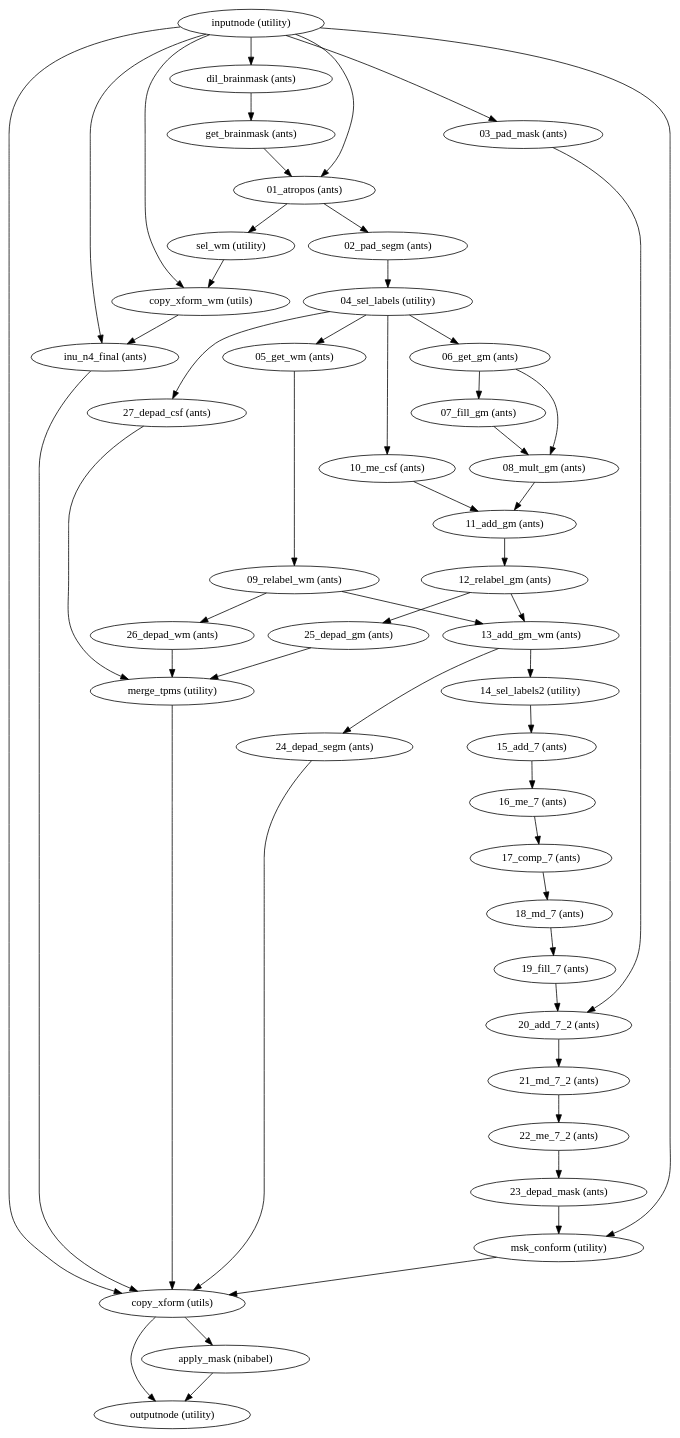
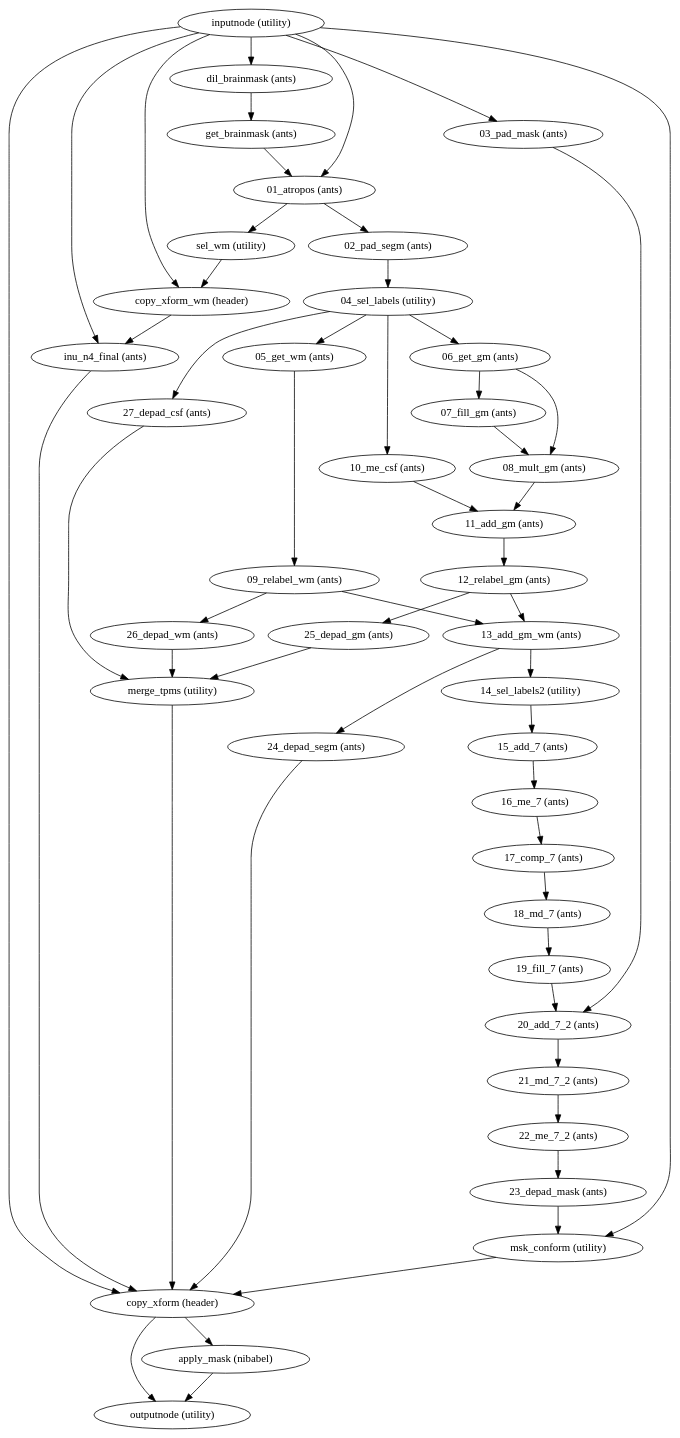
One commit to notZaki/niworkflows changed the diagram in 1.2.6/wf_directive/api/atropos_wf/niworkflows-anat-ants-1.dot. Above: the diagram before and after it, drawn with Graphviz. The commit also changed 12515 other files, not shown here.

```diff
--- a/1.2.6/wf_directive/api/atropos_wf/niworkflows-anat-ants-1.dot
+++ b/1.2.6/wf_directive/api/atropos_wf/niworkflows-anat-ants-1.dot
@@ -1,92 +1,92 @@
 strict digraph  {
 "inputnode (utility)";
 "dil_brainmask (ants)";
-"copy_xform (utils)";
-"copy_xform_wm (utils)";
+"copy_xform (header)";
+"copy_xform_wm (header)";
 "03_pad_mask (ants)";
 "01_atropos (ants)";
 "inu_n4_final (ants)";
 "msk_conform (utility)";
 "get_brainmask (ants)";
 "apply_mask (nibabel)";
 "outputnode (utility)";
 "20_add_7_2 (ants)";
 "02_pad_segm (ants)";
 "sel_wm (utility)";
 "04_sel_labels (utility)";
 "05_get_wm (ants)";
 "06_get_gm (ants)";
 "10_me_csf (ants)";
 "27_depad_csf (ants)";
 "09_relabel_wm (ants)";
 "07_fill_gm (ants)";
 "08_mult_gm (ants)";
 "11_add_gm (ants)";
 "13_add_gm_wm (ants)";
 "26_depad_wm (ants)";
 "12_relabel_gm (ants)";
 "25_depad_gm (ants)";
 "14_sel_labels2 (utility)";
 "24_depad_segm (ants)";
 "15_add_7 (ants)";
 "16_me_7 (ants)";
 "17_comp_7 (ants)";
 "18_md_7 (ants)";
 "19_fill_7 (ants)";
 "21_md_7_2 (ants)";
 "22_me_7_2 (ants)";
 "23_depad_mask (ants)";
 "merge_tpms (utility)";
 "inputnode (utility)" -> "dil_brainmask (ants)";
-"inputnode (utility)" -> "copy_xform (utils)";
-"inputnode (utility)" -> "copy_xform_wm (utils)";
+"inputnode (utility)" -> "copy_xform (header)";
+"inputnode (utility)" -> "copy_xform_wm (header)";
 "inputnode (utility)" -> "03_pad_mask (ants)";
 "inputnode (utility)" -> "01_atropos (ants)";
 "inputnode (utility)" -> "inu_n4_final (ants)";
 "inputnode (utility)" -> "msk_conform (utility)";
 "dil_brainmask (ants)" -> "get_brainmask (ants)";
-"copy_xform (utils)" -> "apply_mask (nibabel)";
-"copy_xform (utils)" -> "outputnode (utility)";
-"copy_xform_wm (utils)" -> "inu_n4_final (ants)";
+"copy_xform (header)" -> "apply_mask (nibabel)";
+"copy_xform (header)" -> "outputnode (utility)";
+"copy_xform_wm (header)" -> "inu_n4_final (ants)";
 "03_pad_mask (ants)" -> "20_add_7_2 (ants)";
 "01_atropos (ants)" -> "02_pad_segm (ants)";
 "01_atropos (ants)" -> "sel_wm (utility)";
-"inu_n4_final (ants)" -> "copy_xform (utils)";
-"msk_conform (utility)" -> "copy_xform (utils)";
+"inu_n4_final (ants)" -> "copy_xform (header)";
+"msk_conform (utility)" -> "copy_xform (header)";
 "get_brainmask (ants)" -> "01_atropos (ants)";
 "apply_mask (nibabel)" -> "outputnode (utility)";
 "20_add_7_2 (ants)" -> "21_md_7_2 (ants)";
 "02_pad_segm (ants)" -> "04_sel_labels (utility)";
-"sel_wm (utility)" -> "copy_xform_wm (utils)";
+"sel_wm (utility)" -> "copy_xform_wm (header)";
 "04_sel_labels (utility)" -> "05_get_wm (ants)";
 "04_sel_labels (utility)" -> "06_get_gm (ants)";
 "04_sel_labels (utility)" -> "10_me_csf (ants)";
 "04_sel_labels (utility)" -> "27_depad_csf (ants)";
 "05_get_wm (ants)" -> "09_relabel_wm (ants)";
 "06_get_gm (ants)" -> "07_fill_gm (ants)";
 "06_get_gm (ants)" -> "08_mult_gm (ants)";
 "10_me_csf (ants)" -> "11_add_gm (ants)";
 "27_depad_csf (ants)" -> "merge_tpms (utility)";
 "09_relabel_wm (ants)" -> "13_add_gm_wm (ants)";
 "09_relabel_wm (ants)" -> "26_depad_wm (ants)";
 "07_fill_gm (ants)" -> "08_mult_gm (ants)";
 "08_mult_gm (ants)" -> "11_add_gm (ants)";
 "11_add_gm (ants)" -> "12_relabel_gm (ants)";
 "13_add_gm_wm (ants)" -> "14_sel_labels2 (utility)";
 "13_add_gm_wm (ants)" -> "24_depad_segm (ants)";
 "26_depad_wm (ants)" -> "merge_tpms (utility)";
 "12_relabel_gm (ants)" -> "13_add_gm_wm (ants)";
 "12_relabel_gm (ants)" -> "25_depad_gm (ants)";
 "25_depad_gm (ants)" -> "merge_tpms (utility)";
 "14_sel_labels2 (utility)" -> "15_add_7 (ants)";
-"24_depad_segm (ants)" -> "copy_xform (utils)";
+"24_depad_segm (ants)" -> "copy_xform (header)";
 "15_add_7 (ants)" -> "16_me_7 (ants)";
 "16_me_7 (ants)" -> "17_comp_7 (ants)";
 "17_comp_7 (ants)" -> "18_md_7 (ants)";
 "18_md_7 (ants)" -> "19_fill_7 (ants)";
 "19_fill_7 (ants)" -> "20_add_7_2 (ants)";
 "21_md_7_2 (ants)" -> "22_me_7_2 (ants)";
 "22_me_7_2 (ants)" -> "23_depad_mask (ants)";
 "23_depad_mask (ants)" -> "msk_conform (utility)";
-"merge_tpms (utility)" -> "copy_xform (utils)";
+"merge_tpms (utility)" -> "copy_xform (header)";
 }
```
